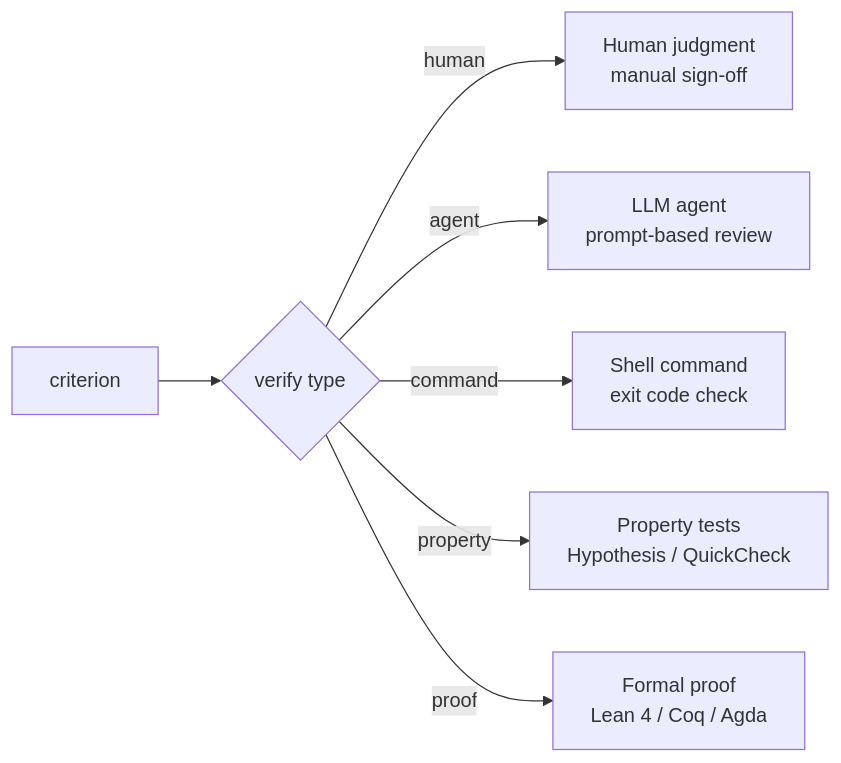
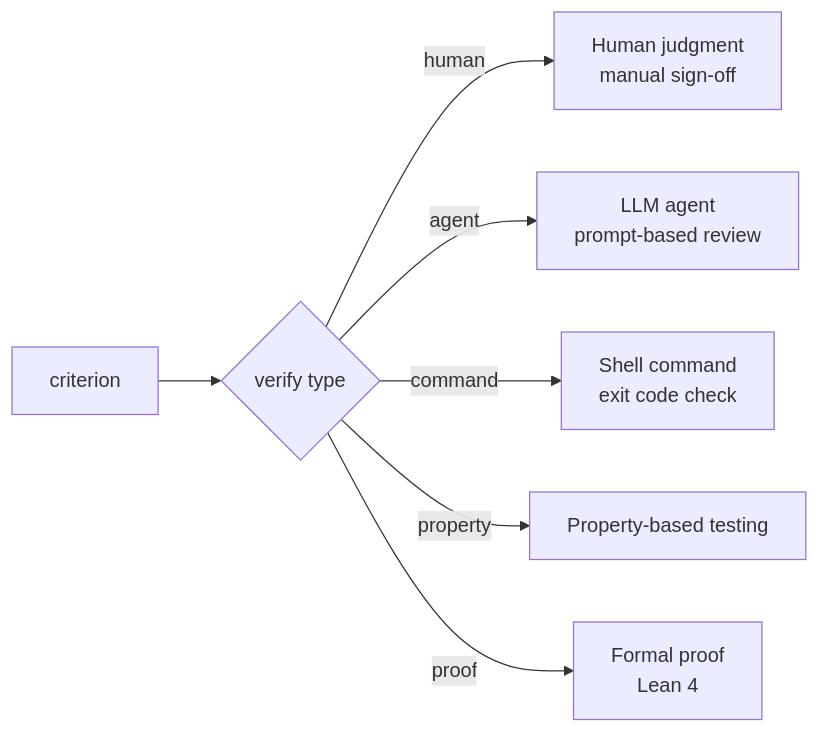
The second of 2 diagrams in docs/architecture.md (tskovlund/qed), drawn with Mermaid before and after one commit. The commit also changed other lines of this file and 26 other files, not shown here.

First line of the commit message:
feat: implement property and proof verification types (#23)

````diff
--- a/docs/architecture.md
+++ b/docs/architecture.md
@@ -97,9 +97,9 @@
 ```mermaid
 flowchart LR
     criterion --> verify{verify type}
     verify -->|human| human[Human judgment\nmanual sign-off]
     verify -->|agent| agent[LLM agent\nprompt-based review]
     verify -->|command| shell[Shell command\nexit code check]
-    verify -->|property| prop[Property tests\nHypothesis / QuickCheck]
-    verify -->|proof| prover[Formal proof\nLean 4 / Coq / Agda]
+    verify -->|property| prop[Property-based testing]
+    verify -->|proof| prover[Formal proof\nLean 4]
 ```
````
